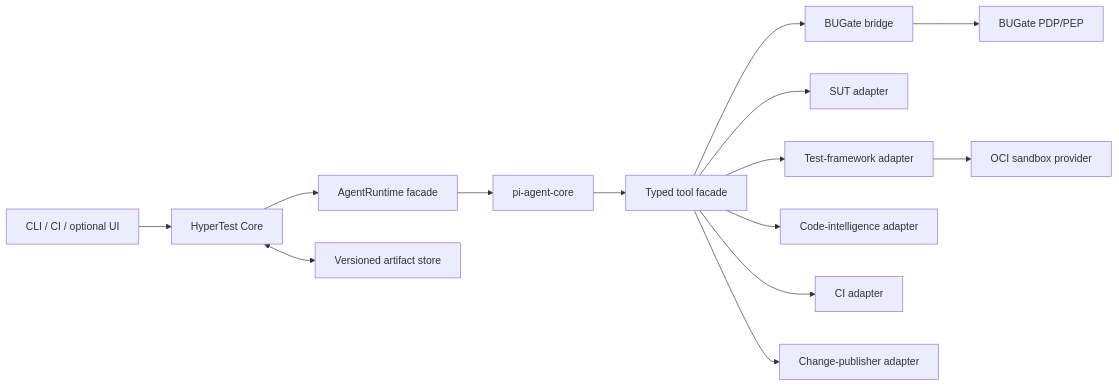
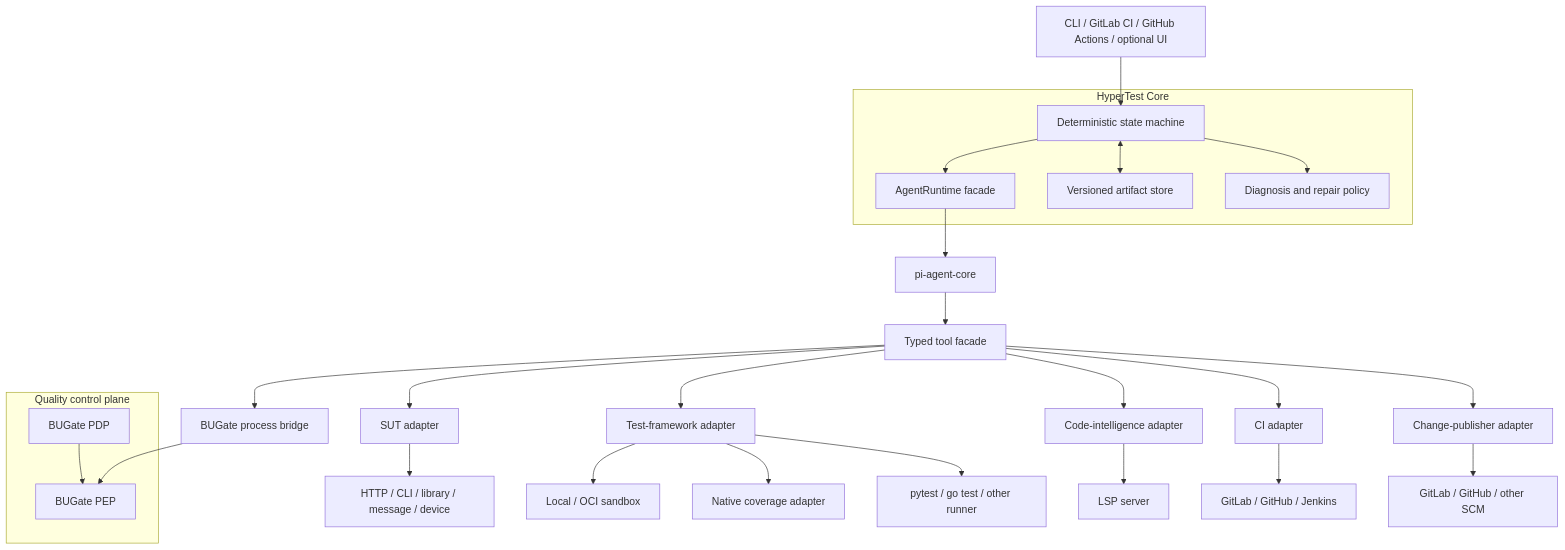
Before and after one commit to ZhangLiangchen/hypertest: the diagram in docs/architecture.md, drawn with Mermaid. The commit also changed other lines of this file and 13 other files, not shown here.

Commit message:
Add complete HyperTest design and architecture

````diff
--- a/docs/architecture.md
+++ b/docs/architecture.md
@@ -14,16 +17,39 @@
 ```mermaid
-flowchart LR
-  Entry[CLI / CI / optional UI] --> Core[HyperTest Core]
-  Core --> Runtime[AgentRuntime facade]
+flowchart TB
+  Entry[CLI / GitLab CI / GitHub Actions / optional UI] --> Core
+
+  subgraph Control[Quality control plane]
+    PDP[BUGate PDP]
+    PEP[BUGate PEP]
+    PDP --> PEP
+  end
+
+  subgraph CoreBox[HyperTest Core]
+    Core[Deterministic state machine]
+    Runtime[AgentRuntime facade]
+    Store[Versioned artifact store]
+    Policy[Diagnosis and repair policy]
+    Core --> Runtime
+    Core <--> Store
+    Core --> Policy
+  end
+
   Runtime --> Pi[pi-agent-core]
   Pi --> Tools[Typed tool facade]
-  Tools --> Gate[BUGate bridge]
-  Gate --> PDP[BUGate PDP/PEP]
+  Tools --> Gate[BUGate process bridge]
+  Gate --> PEP
+
   Tools --> Sut[SUT adapter]
   Tools --> Test[Test-framework adapter]
   Tools --> Code[Code-intelligence adapter]
-  Tools --> Ci[CI adapter]
-  Tools --> Scm[Change-publisher adapter]
-  Test --> Sandbox[OCI sandbox provider]
-  Core <--> Store[Versioned artifact store]
+  Tools --> CI[CI adapter]
+  Tools --> SCM[Change-publisher adapter]
+  Test --> Sandbox[Local / OCI sandbox]
+  Test --> Coverage[Native coverage adapter]
+
+  Sut --> Target[HTTP / CLI / library / message / device]
+  Test --> Runner[pytest / go test / other runner]
+  Code --> LSP[LSP server]
+  CI --> Platform[GitLab / GitHub / Jenkins]
+  SCM --> Host[GitLab / GitHub / other SCM]
 ```
````
